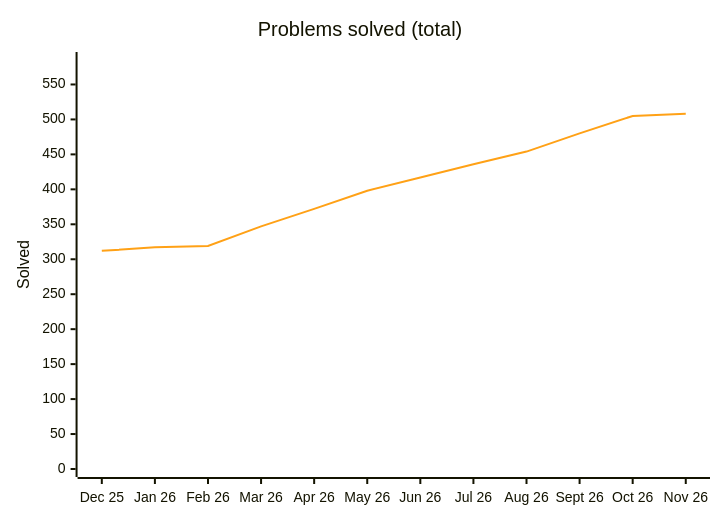
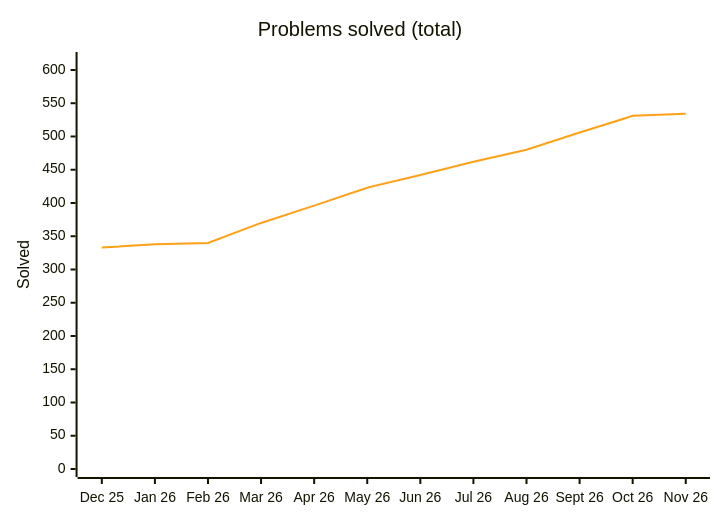
Before and after one commit to Ved-u/Java-DSA: the diagram in README.md, drawn with Mermaid. The commit also changed other lines of this file and 28 other files, not shown here.

````diff
--- a/README.md
+++ b/README.md
@@ -53,8 +53,8 @@
 ```mermaid
 %%{init: {"themeVariables": {"xyChart": {"plotColorPalette": "#ffa116"}}}}%%
 xychart-beta
     title "Problems solved (total)"
     x-axis ["Dec 25", "Jan 26", "Feb 26", "Mar 26", "Apr 26", "May 26", "Jun 26", "Jul 26", "Aug 26", "Sept 26", "Oct 26", "Nov 26"]
-    y-axis "Solved" 0 --> 585
-    line [312, 317, 319, 347, 372, 398, 417, 436, 454, 480, 505, 508]
+    y-axis "Solved" 0 --> 615
+    line [333, 338, 340, 370, 396, 423, 442, 462, 480, 506, 531, 534]
 ```
````
